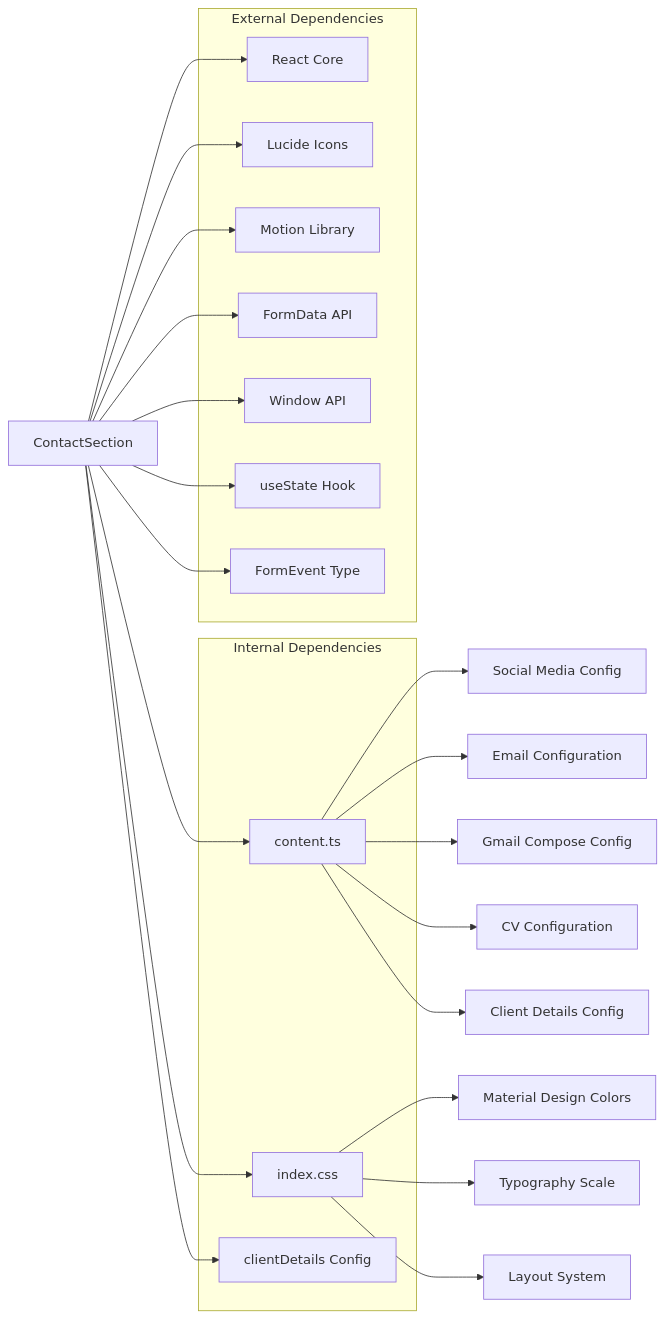
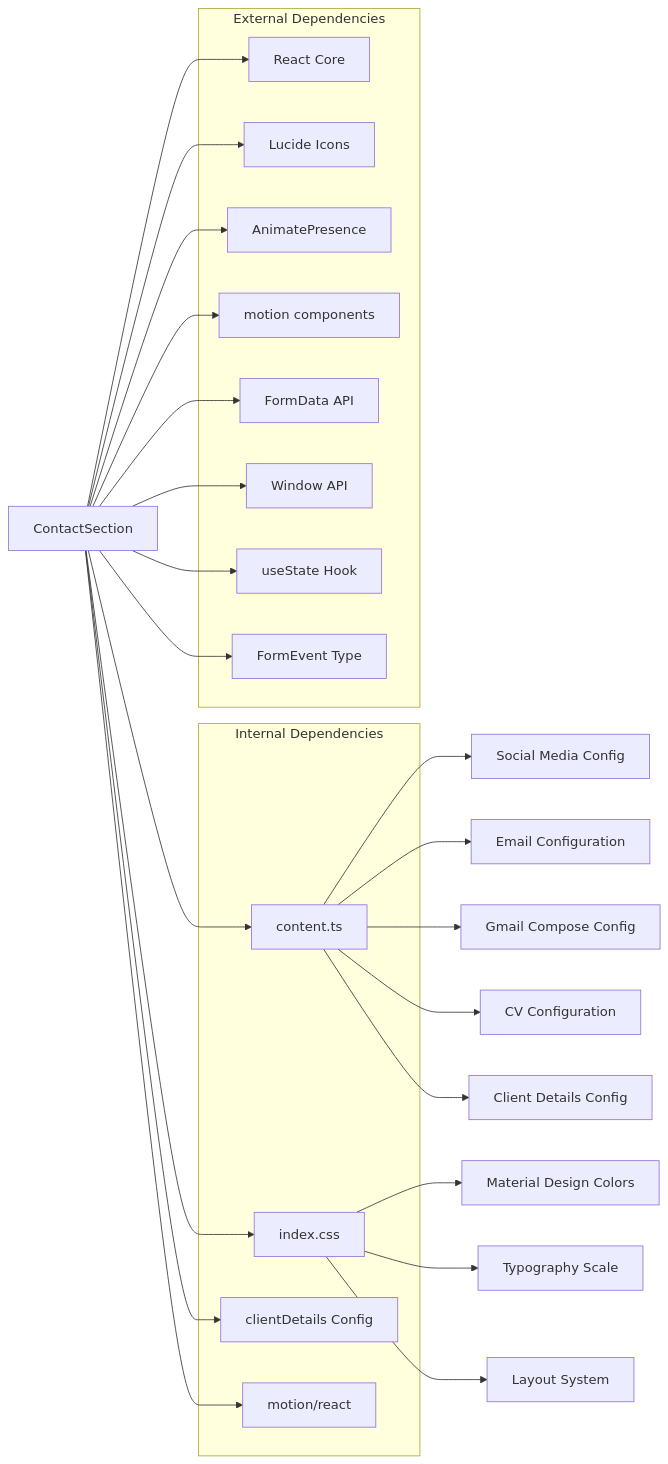
Before and after one commit to subash7781/Portfolio: the fifth of 5 diagrams in .qoder/repowiki/en/content/Component Library & UI Elements/ContactSection Component.md, drawn with Mermaid. The commit also changed other lines of this file and 5 other files, not shown here.

````diff
--- a/.qoder/repowiki/en/content/Component Library & UI Elements/ContactSection Component.md
+++ b/.qoder/repowiki/en/content/Component Library & UI Elements/ContactSection Component.md
@@ -309,35 +345,39 @@
 ```mermaid
 graph LR
 subgraph "Internal Dependencies"
 Content[content.ts]
 Theme[index.css]
 ClientDetails[clientDetails Config]
+Motion[motion/react]
 end
 subgraph "External Dependencies"
 React[React Core]
 Lucide[Lucide Icons]
-Motion[Motion Library]
+AnimatePresence[AnimatePresence]
+motionComponents[motion components]
 FormData[FormData API]
 Window[Window API]
 useState[useState Hook]
 FormEvent[FormEvent Type]
 end
 ContactSection --> Content
 ContactSection --> Theme
 ContactSection --> ClientDetails
+ContactSection --> Motion
+ContactSection --> AnimatePresence
+ContactSection --> motionComponents
 ContactSection --> React
 ContactSection --> Lucide
-ContactSection --> Motion
 ContactSection --> FormData
 ContactSection --> Window
 ContactSection --> useState
 ContactSection --> FormEvent
 Content --> SocialConfig["Social Media Config"]
 Content --> EmailConfig["Email Configuration"]
 Content --> GmailConfig["Gmail Compose Config"]
 Content --> CVConfig["CV Configuration"]
 Content --> ClientDetailsConfig["Client Details Config"]
 Theme --> ColorSystem["Material Design Colors"]
 Theme --> Typography["Typography Scale"]
 Theme --> Spacing["Layout System"]
 ```
````
